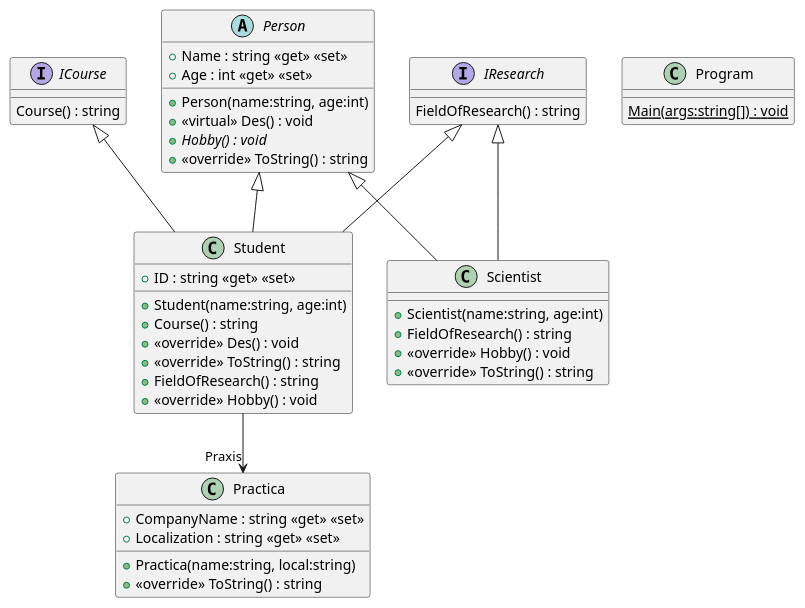
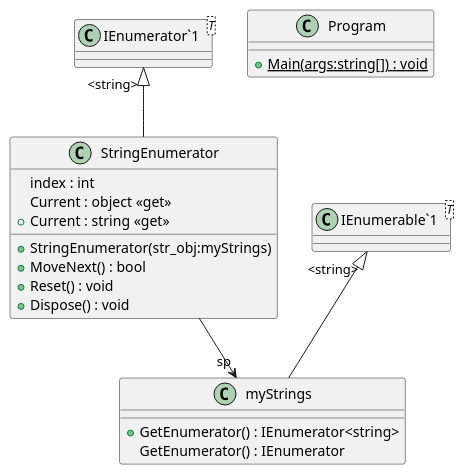
The diagram in TestUML/include.puml (mmachel/Basics), drawn with PlantUML before and after one commit.

Commit message:
Add new version of plantUML file

```diff
--- a/TestUML/include.puml
+++ b/TestUML/include.puml
@@ -1,46 +1,25 @@
 @startuml
-interface ICourse {
-    Course() : string
+class myStrings {
+    + GetEnumerator() : IEnumerator<string>
+    GetEnumerator() : IEnumerator
 }
-interface IResearch {
-    FieldOfResearch() : string
-}
-abstract class Person {
-    + Name : string <<get>> <<set>>
-    + Age : int <<get>> <<set>>
-    + Person(name:string, age:int)
-    + <<virtual>> Des() : void
-    + {abstract} Hobby() : void
-    + <<override>> ToString() : string
-}
-class Practica {
-    + CompanyName : string <<get>> <<set>>
-    + Localization : string <<get>> <<set>>
-    + Practica(name:string, local:string)
-    + <<override>> ToString() : string
-}
-class Student {
-    + ID : string <<get>> <<set>>
-    + Student(name:string, age:int)
-    + Course() : string
-    + <<override>> Des() : void
-    + <<override>> ToString() : string
-    + FieldOfResearch() : string
-    + <<override>> Hobby() : void
-}
-class Scientist {
-    + Scientist(name:string, age:int)
-    + FieldOfResearch() : string
-    + <<override>> Hobby() : void
-    + <<override>> ToString() : string
+class StringEnumerator {
+    index : int
+    + StringEnumerator(str_obj:myStrings)
+    Current : object <<get>>
+    + Current : string <<get>>
+    + MoveNext() : bool
+    + Reset() : void
+    + Dispose() : void
 }
 class Program {
-    {static} Main(args:string[]) : void
+    + {static} Main(args:string[]) : void
 }
-Person <|-- Student
-ICourse <|-- Student
-IResearch <|-- Student
-Student --> "Praxis" Practica
-Person <|-- Scientist
-IResearch <|-- Scientist
+class "IEnumerable`1"<T> {
+}
+class "IEnumerator`1"<T> {
+}
+"IEnumerable`1" "<string>" <|-- myStrings
+"IEnumerator`1" "<string>" <|-- StringEnumerator
+StringEnumerator --> "sp" myStrings
 @enduml
```
